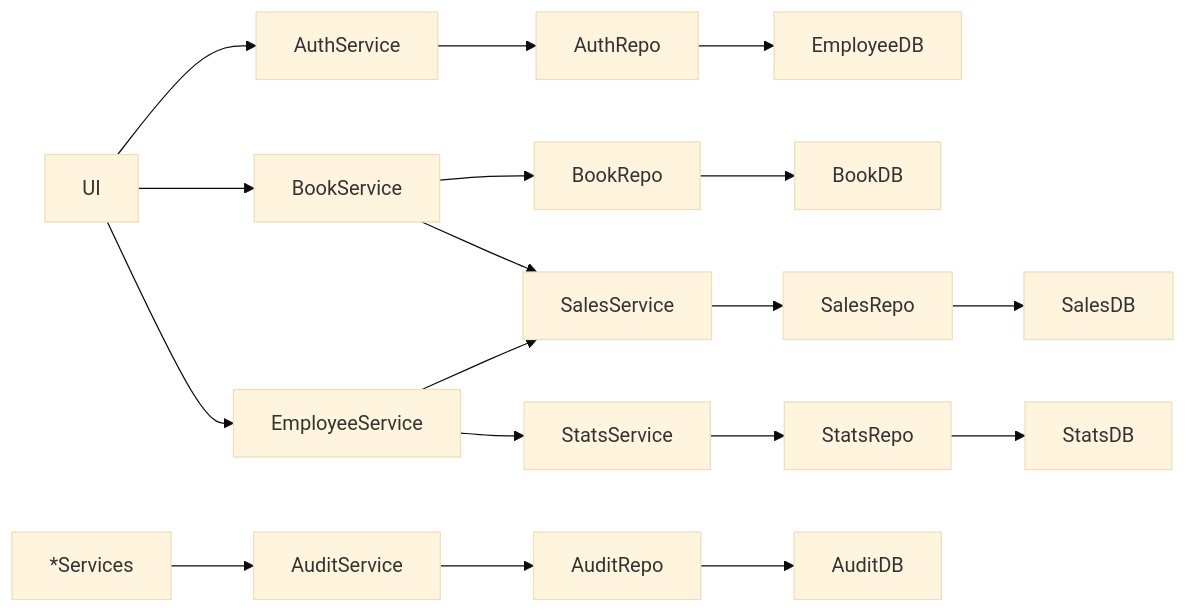
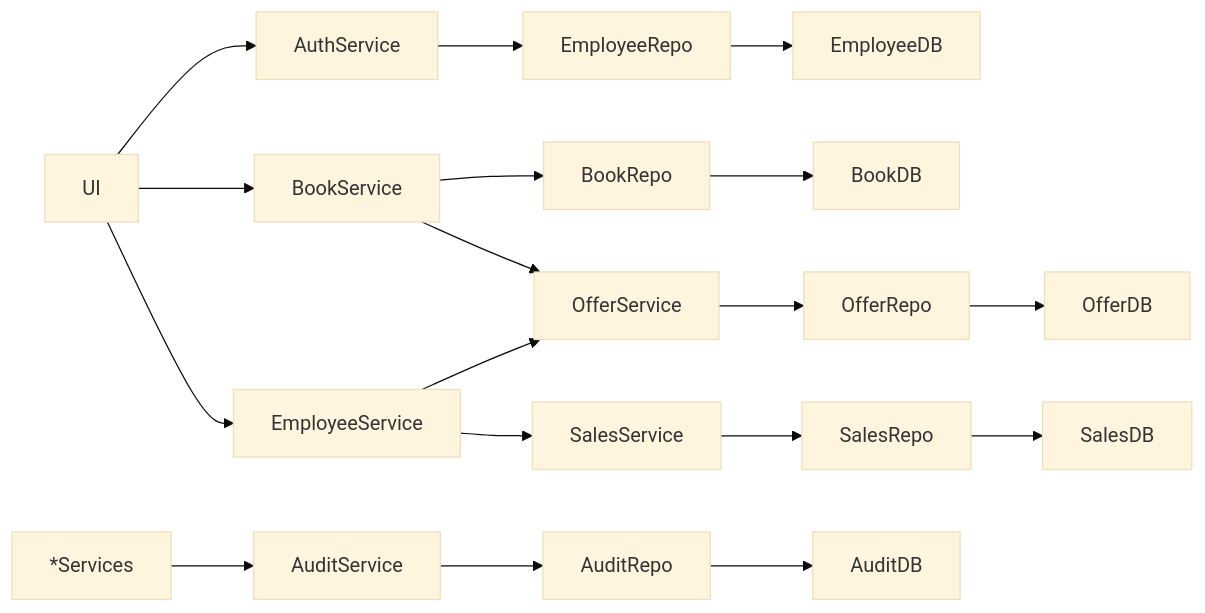
One commit to Apameus/Bookly changed the first of 10 diagrams in docs/high_level_architecture.md. Above: the diagram before and after it, drawn with Mermaid (base theme). The commit also changed other lines of this file and 31 other files, not shown here.

````diff
--- a/docs/high_level_architecture.md
+++ b/docs/high_level_architecture.md
@@ -2,10 +2,10 @@
 ```mermaid
 flowchart LR
-    UI --> AS[AuthService] --> AR[AuthRepo] --> EDB[EmployeeDB]
+    UI --> AS[AuthService] --> ER[EmployeeRepo] --> EDB[EmployeeDB]
     UI --> BS[BookService] --> BR[BookRepo] --> BDB[BookDB]
-    BS --> SLS
-    ES --> SLS[SalesService] --> SLR[SalesRepo] --> SLDB[SalesDB]
-    UI --> ES[EmployeeService] --> SS[StatsService] --> SR[StatsRepo] --> SDB[StatsDB]
+    BS --> OS
+    UI --> ES[EmployeeService] --> SS[SalesService] --> SR[SalesRepo] --> SDB[SalesDB]
+    ES --> OS[OfferService] --> OR[OfferRepo] --> ODB[OfferDB]
     
     *Services --> AUS[AuditService] --> AUR[AuditRepo] --> ADB[AuditDB]
 ```
````
